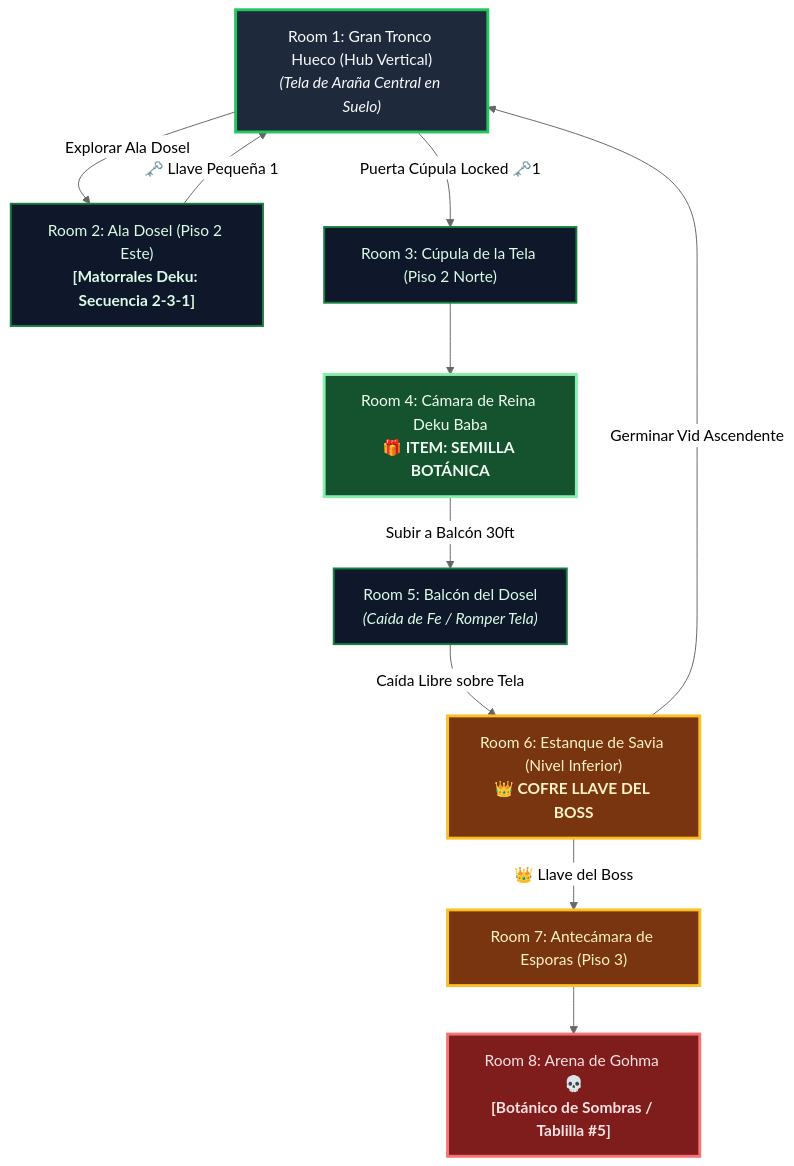
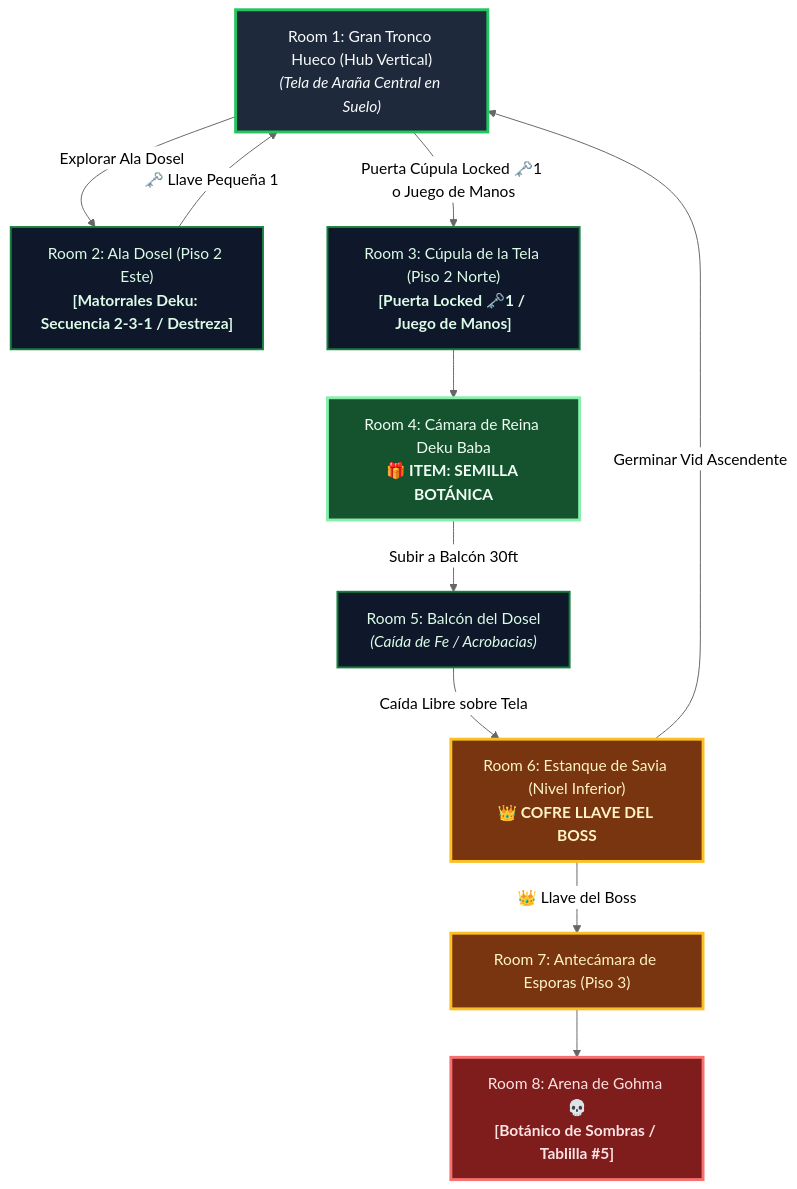
The diagram in 7 - DM/OneShots/ARepeat/Subdungeons/05_Subdungeon_Vida_Invernadero.md (linkmati/ShivathLyss), drawn with Mermaid (neutral theme) before and after one commit. The commit also changed other lines of this file and 6 other files, not shown here.

````diff
--- a/7 - DM/OneShots/ARepeat/Subdungeons/05_Subdungeon_Vida_Invernadero.md
+++ b/7 - DM/OneShots/ARepeat/Subdungeons/05_Subdungeon_Vida_Invernadero.md
@@ -15,25 +17,25 @@
 ```mermaid
 graph TD
     classDef hub fill:#1e293b,stroke:#22c55e,stroke-width:3px,color:#f8fafc;
     classDef branch fill:#0f172a,stroke:#15803d,stroke-width:2px,color:#dcfce7;
     classDef item fill:#14532d,stroke:#86efac,stroke-width:3px,color:#f0fdf4;
     classDef key fill:#78350f,stroke:#fbbf24,stroke-width:3px,color:#fef3c7;
     classDef boss fill:#7f1d1d,stroke:#f87171,stroke-width:3px,color:#fee2e2;
 
     S1["Room 1: Gran Tronco Hueco (Hub Vertical)<br/><i>(Tela de Araña Central en Suelo)</i>"]:::hub
-    S2["Room 2: Ala Dosel (Piso 2 Este)<br/><b>[Matorrales Deku: Secuencia 2-3-1]</b>"]:::branch
-    S3["Room 3: Cúpula de la Tela (Piso 2 Norte)"]:::branch
+    S2["Room 2: Ala Dosel (Piso 2 Este)<br/><b>[Matorrales Deku: Secuencia 2-3-1 / Destreza]</b>"]:::branch
+    S3["Room 3: Cúpula de la Tela (Piso 2 Norte)<br/><b>[Puerta Locked 🗝️1 / Juego de Manos]</b>"]:::branch
     S4["Room 4: Cámara de Reina Deku Baba<br/><b>🎁 ITEM: SEMILLA BOTÁNICA</b>"]:::item
-    S5["Room 5: Balcón del Dosel<br/><i>(Caída de Fe / Romper Tela)</i>"]:::branch
+    S5["Room 5: Balcón del Dosel<br/><i>(Caída de Fe / Acrobacias)</i>"]:::branch
     S6["Room 6: Estanque de Savia (Nivel Inferior)<br/><b>👑 COFRE LLAVE DEL BOSS</b>"]:::key
     S7["Room 7: Antecámara de Esporas (Piso 3)"]:::key
     S8["Room 8: Arena de Gohma 💀<br/><b>[Botánico de Sombras / Tablilla #5]</b>"]:::boss
 
     S1 -->|Explorar Ala Dosel| S2
     S2 -->|🗝️ Llave Pequeña 1| S1
-    S1 -->|Puerta Cúpula Locked 🗝️1| S3 --> S4
+    S1 -->|Puerta Cúpula Locked 🗝️1 o Juego de Manos| S3 --> S4
     S4 -->|Subir a Balcón 30ft| S5
     S5 -->|Caída Libre sobre Tela| S6
     S6 -->|Germinar Vid Ascendente| S1
     S6 -->|👑 Llave del Boss| S7 --> S8
 ```
````
